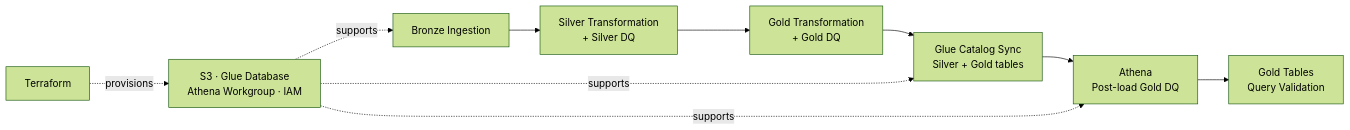
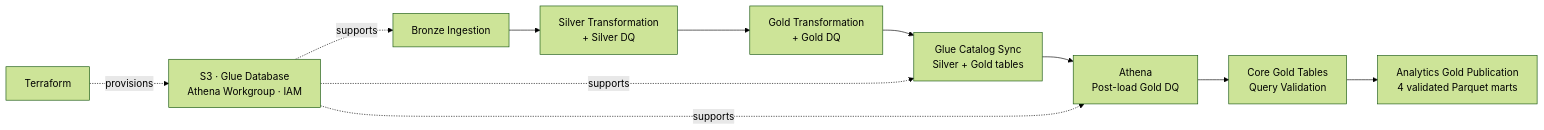
The second of 2 diagrams in docs/architecture/architecture.md (georgeballa7/EuropeanEnergyDataAnalytics), drawn with Mermaid (forest theme) before and after one commit. The commit also changed other lines of this file, not shown here.

Commit message:
Update docs/architecture/architecture.md for six-task Analytics Gold pipeline

````diff
--- a/docs/architecture/architecture.md
+++ b/docs/architecture/architecture.md
@@ -60,13 +65,14 @@
 ```mermaid
 flowchart LR
     B["Bronze Ingestion"] --> S["Silver Transformation<br/>+ Silver DQ"]
     S --> G["Gold Transformation<br/>+ Gold DQ"]
     G --> C["Glue Catalog Sync<br/>Silver + Gold tables"]
     C --> A["Athena<br/>Post-load Gold DQ"]
-    A --> Q["Gold Tables<br/>Query Validation"]
+    A --> Q["Core Gold Tables<br/>Query Validation"]
+    Q --> M["Analytics Gold Publication<br/>4 validated Parquet marts"]
 
     TF["Terraform"] -. provisions .-> AWS["S3 · Glue Database<br/>Athena Workgroup · IAM"]
     AWS -. supports .-> B
     AWS -. supports .-> C
     AWS -. supports .-> A
 ```
````
